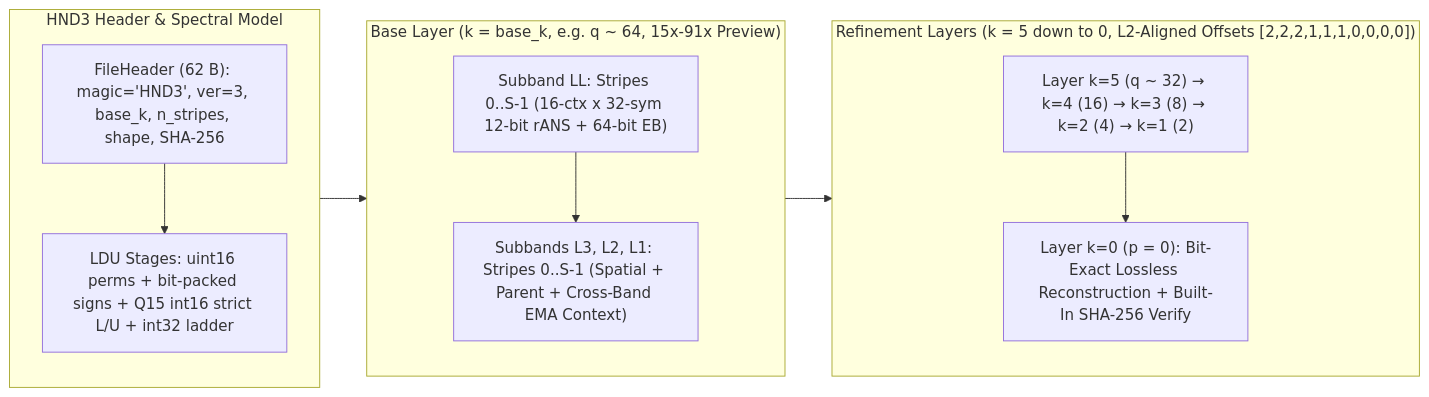
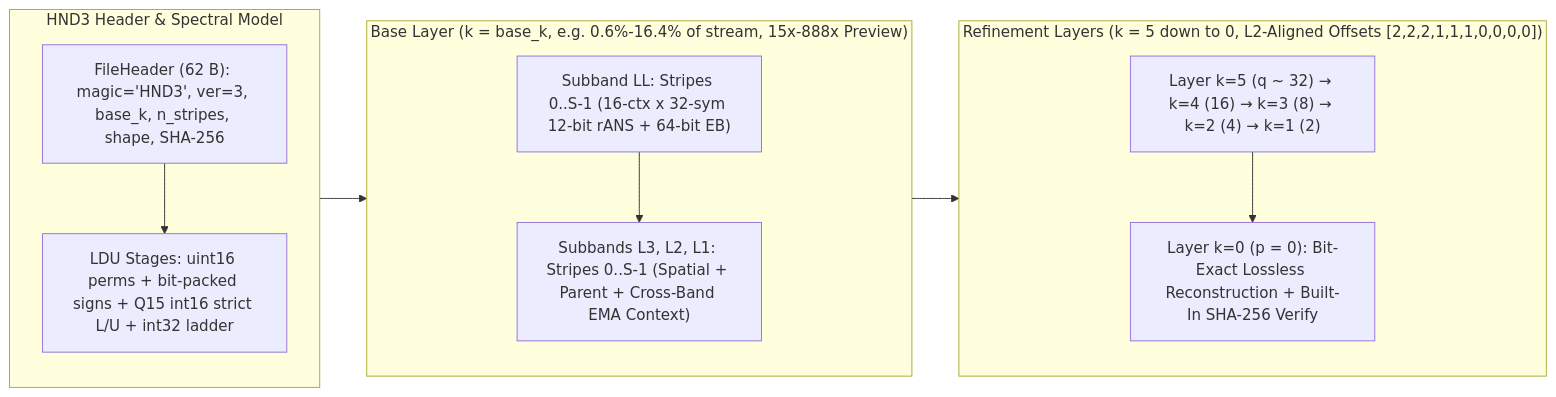
The seventh of 8 diagrams in ARCHITECTURE.md (austinjohnathand-code/asv4-compression), drawn with Mermaid before and after one commit. The commit also changed other lines of this file and 2 other files, not shown here.

````diff
--- a/ARCHITECTURE.md
+++ b/ARCHITECTURE.md
@@ -229,22 +229,22 @@
 ```mermaid
 flowchart LR
     subgraph Header["HND3 Header & Spectral Model"]
         H["FileHeader (62 B): magic='HND3', ver=3, base_k, n_stripes, shape, SHA-256"]
         SP["LDU Stages: uint16 perms + bit-packed signs + Q15 int16 strict L/U + int32 ladder"]
         H --> SP
     end
 
-    subgraph Base["Base Layer (k = base_k, e.g. q ~ 64, 15x-91x Preview)"]
+    subgraph Base["Base Layer (k = base_k, e.g. 0.6%-16.4% of stream, 15x-888x Preview)"]
         B0["Subband LL: Stripes 0..S-1 (16-ctx x 32-sym 12-bit rANS + 64-bit EB)"]
         B1["Subbands L3, L2, L1: Stripes 0..S-1 (Spatial + Parent + Cross-Band EMA Context)"]
         B0 --> B1
     end
 
     subgraph Refine["Refinement Layers (k = 5 down to 0, L2-Aligned Offsets [2,2,2,1,1,1,0,0,0,0])"]
         R5["Layer k=5 (q ~ 32) → k=4 (16) → k=3 (8) → k=2 (4) → k=1 (2)"]
         R0["Layer k=0 (p = 0): Bit-Exact Lossless Reconstruction + Built-In SHA-256 Verify"]
         R5 --> R0
     end
 
     Header --> Base --> Refine
 ```
````
